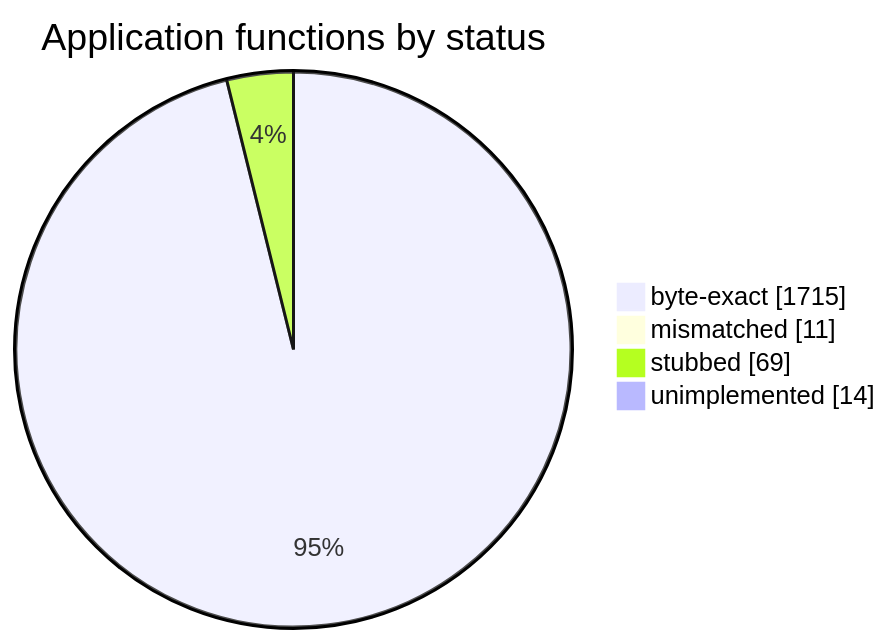
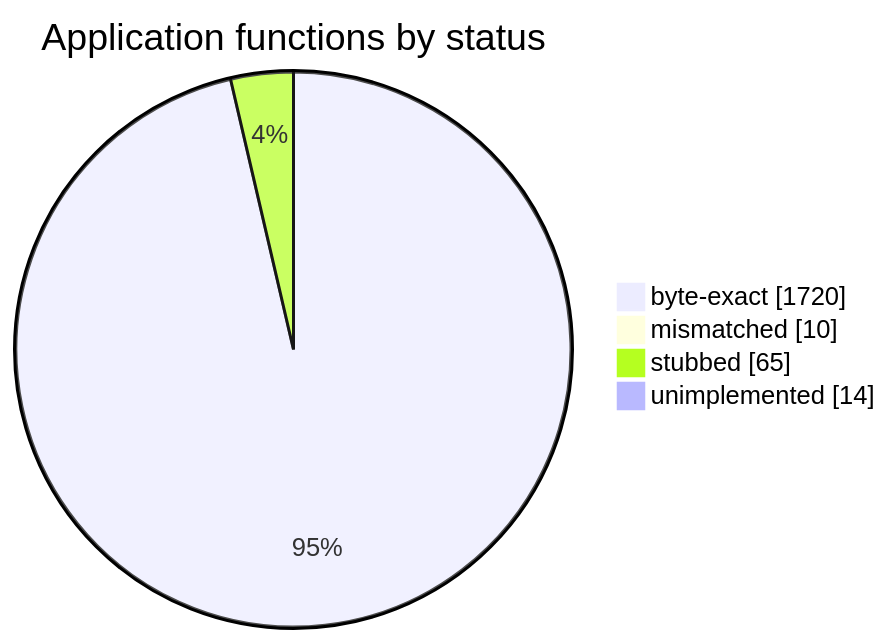
Before and after one commit to sorokya/eos: the diagram in README.md, drawn with Mermaid. The commit also changed other lines of this file and 2 other files, not shown here.

First line of the commit message:
FUN_00482834 is byte-exact: the parked loader is closed

````diff
--- a/README.md
+++ b/README.md
@@ -154,8 +154,8 @@
 ```mermaid
 pie showData
     title Application functions by status
-    "byte-exact" : 1715
-    "mismatched" : 11
-    "stubbed" : 69
+    "byte-exact" : 1720
+    "mismatched" : 10
+    "stubbed" : 65
     "unimplemented" : 14
 ```
````
